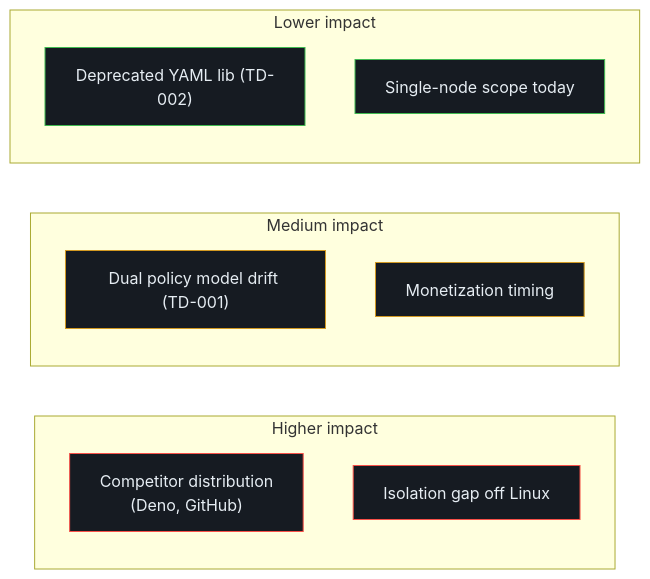
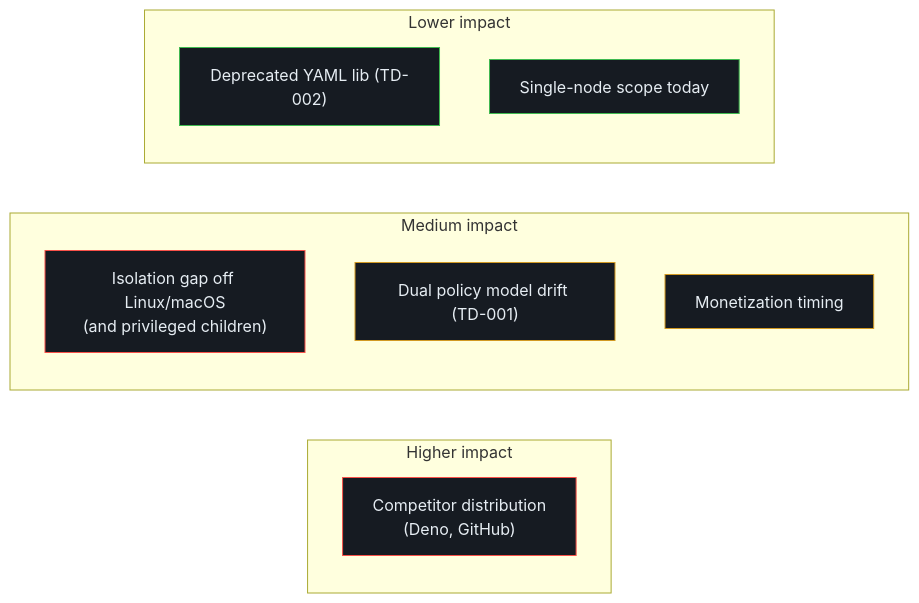
Before and after one commit to pleaseai/honmoon: the second of 3 diagrams in wiki/onboarding/executive-guide.md, drawn with Mermaid. The commit also changed 6 other files, not shown here.

````diff
--- a/wiki/onboarding/executive-guide.md
+++ b/wiki/onboarding/executive-guide.md
@@ -93,21 +93,21 @@
 ```mermaid
 flowchart LR
   subgraph high["Higher impact"]
     r1["Competitor distribution<br>(Deno, GitHub)"]
-    r2["Isolation gap off Linux"]
   end
   subgraph med["Medium impact"]
+    r2["Isolation gap off Linux/macOS<br>(and privileged children)"]
     r3["Dual policy model drift (TD-001)"]
     r4["Monetization timing"]
   end
   subgraph low["Lower impact"]
     r5["Deprecated YAML lib (TD-002)"]
     r6["Single-node scope today"]
   end
   style r1 fill:#161b22,stroke:#f85149,color:#e6edf3
   style r2 fill:#161b22,stroke:#f85149,color:#e6edf3
   style r3 fill:#161b22,stroke:#d29922,color:#e6edf3
   style r4 fill:#161b22,stroke:#d29922,color:#e6edf3
   style r5 fill:#161b22,stroke:#3fb950,color:#e6edf3
   style r6 fill:#161b22,stroke:#3fb950,color:#e6edf3
 ```
````
